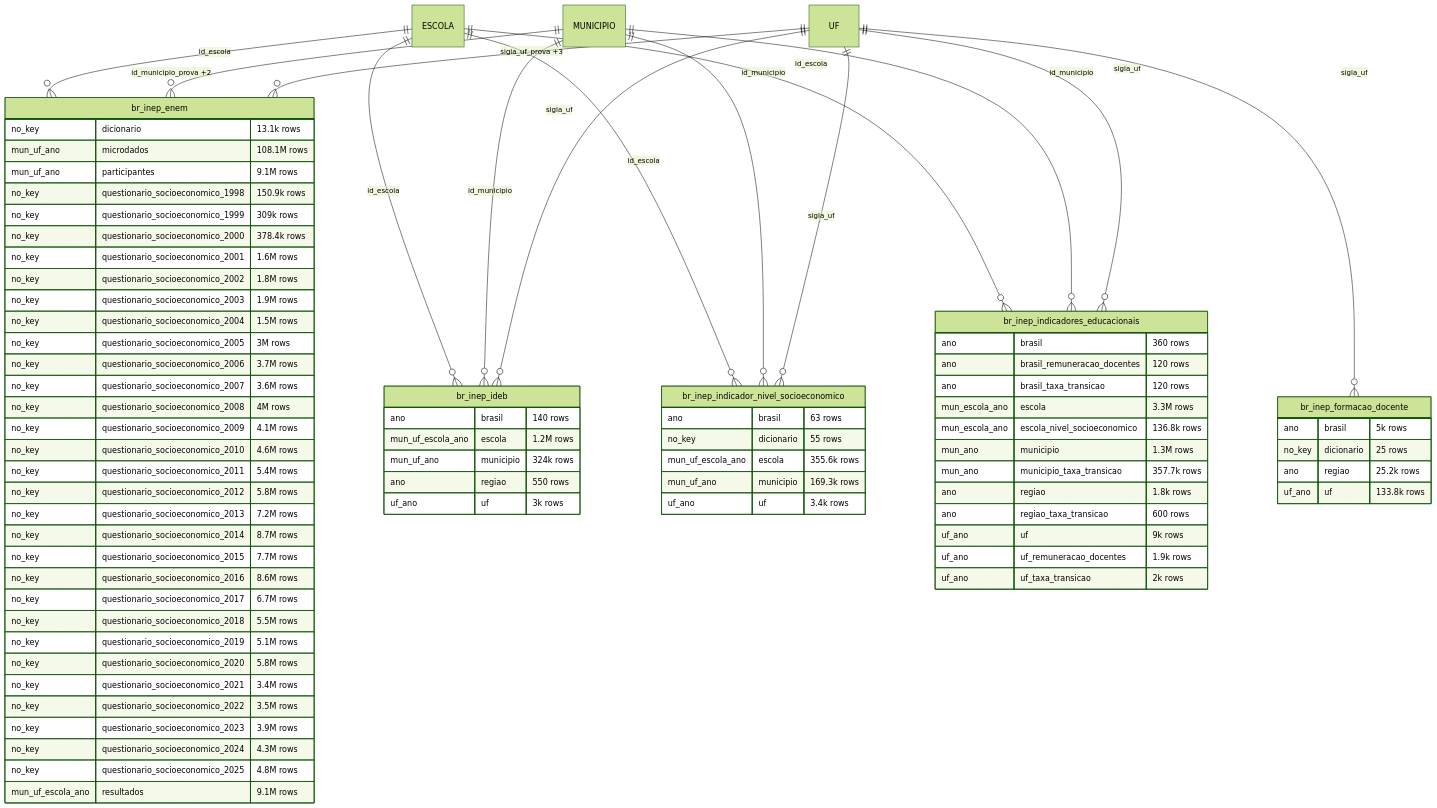
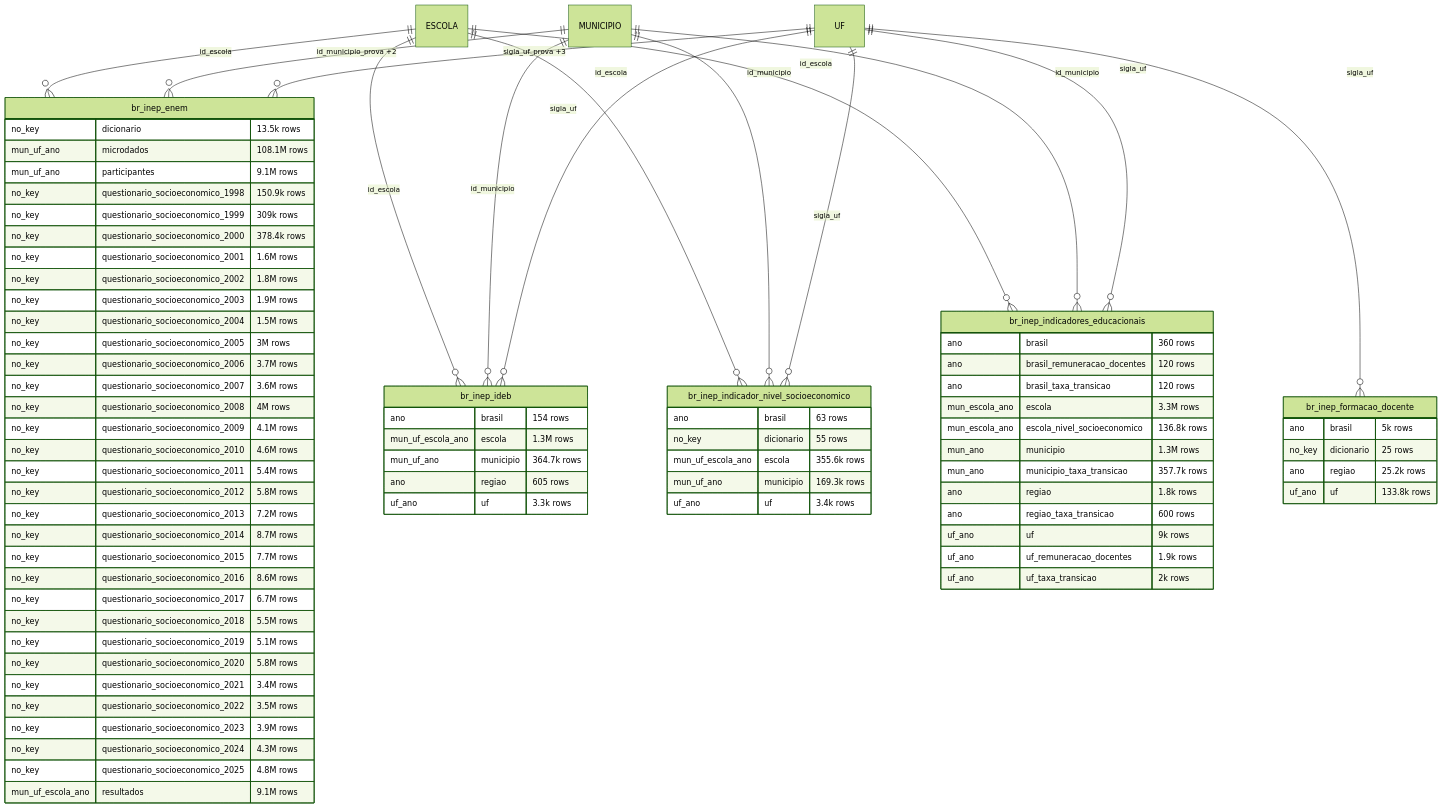
The seventh of 30 diagrams in docs/mapa/ERD_EN.md (rafapolo/rodado), drawn with Mermaid (forest theme) before and after one commit. The commit also changed other lines of this file and 7 other files, not shown here.

```diff
--- a/docs/mapa/ERD_EN.md
+++ b/docs/mapa/ERD_EN.md
@@ -548,7 +563,7 @@
     MUNICIPIO ||--o{ br_inep_indicadores_educacionais : "id_municipio"
     UF ||--o{ br_inep_indicadores_educacionais : "sigla_uf"
     br_inep_enem {
-        no_key dicionario "13.1k rows"
+        no_key dicionario "13.5k rows"
         mun_uf_ano microdados "108.1M rows"
         mun_uf_ano participantes "9.1M rows"
         no_key questionario_socioeconomico_1998 "150.9k rows"
@@ -588,11 +603,11 @@
         uf_ano uf "133.8k rows"
     }
     br_inep_ideb {
-        ano brasil "140 rows"
-        mun_uf_escola_ano escola "1.2M rows"
-        mun_uf_ano municipio "324k rows"
-        ano regiao "550 rows"
-        uf_ano uf "3k rows"
+        ano brasil "154 rows"
+        mun_uf_escola_ano escola "1.3M rows"
+        mun_uf_ano municipio "364.7k rows"
+        ano regiao "605 rows"
+        uf_ano uf "3.3k rows"
     }
     br_inep_indicador_nivel_socioeconomico {
         ano brasil "63 rows"
```
